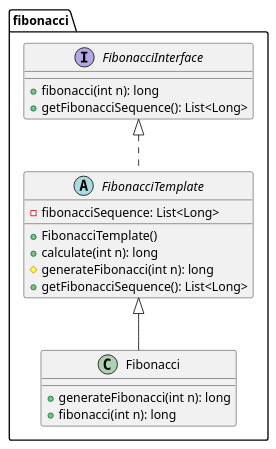
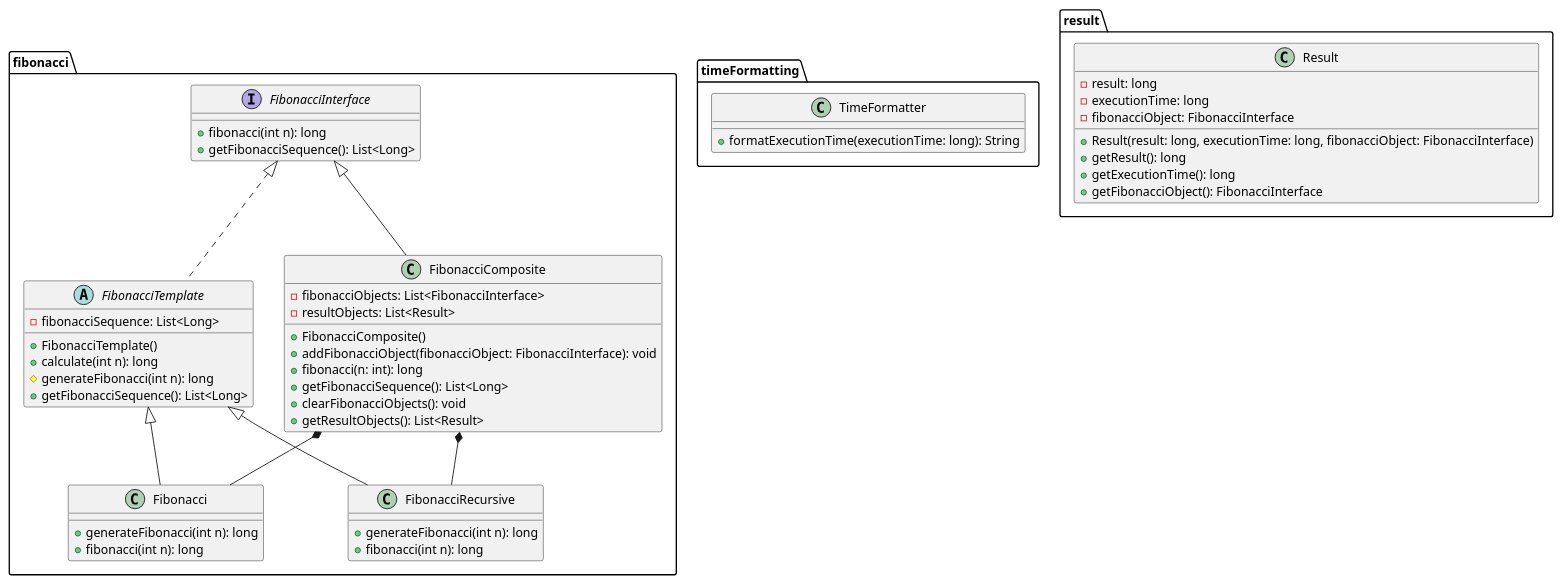
The diagram in FibonacciSequenceUML.puml (youatik/FibonacciSequenceUML), drawn with PlantUML before and after one commit.

Commit message:
Added 3 packages; result, timeFormatting, fibonacci

```diff
--- a/FibonacciSequenceUML.puml
+++ b/FibonacciSequenceUML.puml
@@ -1,26 +1,72 @@
 @startuml
+
+
+top to bottom direction
+
 
 package fibonacci {
   interface FibonacciInterface {
     + fibonacci(int n): long
     + getFibonacciSequence(): List<Long>
   }
 
   abstract class FibonacciTemplate {
     - fibonacciSequence: List<Long>
     + FibonacciTemplate()
     + calculate(int n): long
     # generateFibonacci(int n): long
     + getFibonacciSequence(): List<Long>
   }
 
   class Fibonacci {
     + generateFibonacci(int n): long
     + fibonacci(int n): long
   }
+
+  class FibonacciRecursive {
+    + generateFibonacci(int n): long
+    + fibonacci(int n): long
+  }
+
+  class FibonacciComposite {
+    - fibonacciObjects: List<FibonacciInterface>
+    - resultObjects: List<Result>
+    + FibonacciComposite()
+    + addFibonacciObject(fibonacciObject: FibonacciInterface): void
+    + fibonacci(n: int): long
+    + getFibonacciSequence(): List<Long>
+    + clearFibonacciObjects(): void
+    + getResultObjects(): List<Result>
+  }
   
+  FibonacciTemplate <|-- Fibonacci
+  FibonacciTemplate <|-- FibonacciRecursive
   FibonacciInterface <|.. FibonacciTemplate
-  FibonacciTemplate <|-- Fibonacci
+  FibonacciInterface <|-- FibonacciComposite
+  FibonacciComposite*--Fibonacci
+  FibonacciComposite*--FibonacciRecursive
+
+}
+
+
+
+
+package timeFormatting {
+  class TimeFormatter {
+    + formatExecutionTime(executionTime: long): String
+  }
+}
+
+package result {
+  class Result {
+    - result: long
+    - executionTime: long
+    - fibonacciObject: FibonacciInterface
+    + Result(result: long, executionTime: long, fibonacciObject: FibonacciInterface)
+    + getResult(): long
+    + getExecutionTime(): long
+    + getFibonacciObject(): FibonacciInterface
+  }
 }
 
 @enduml
```
